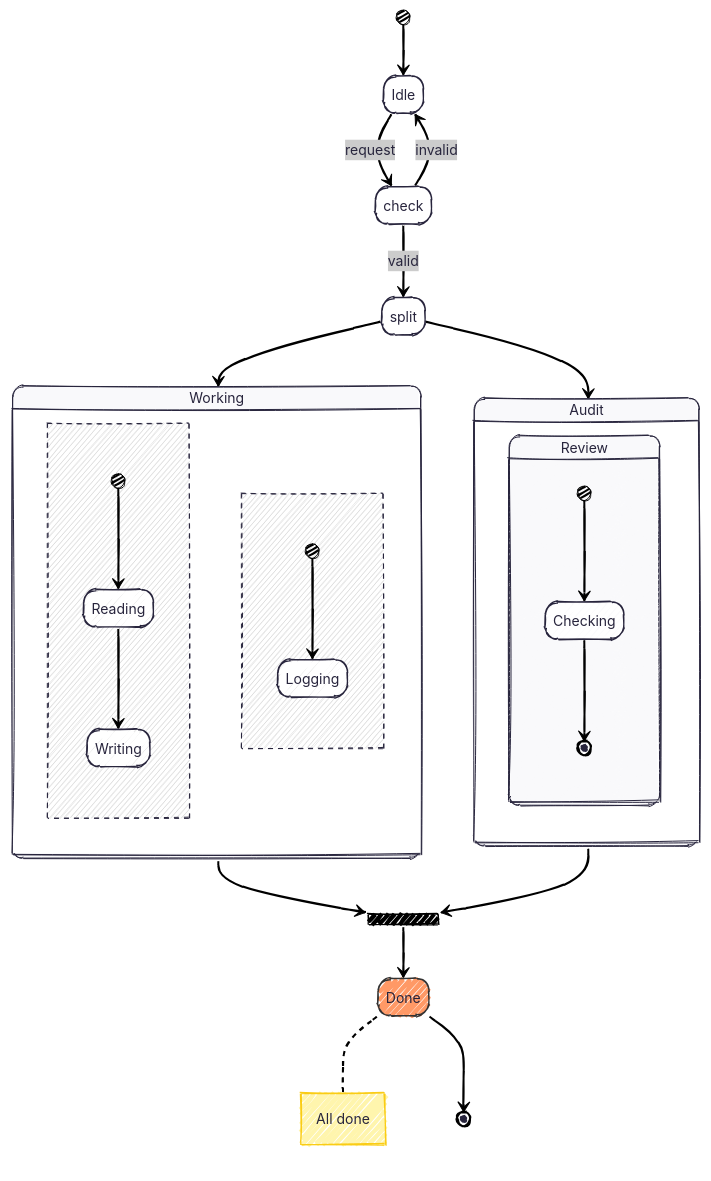
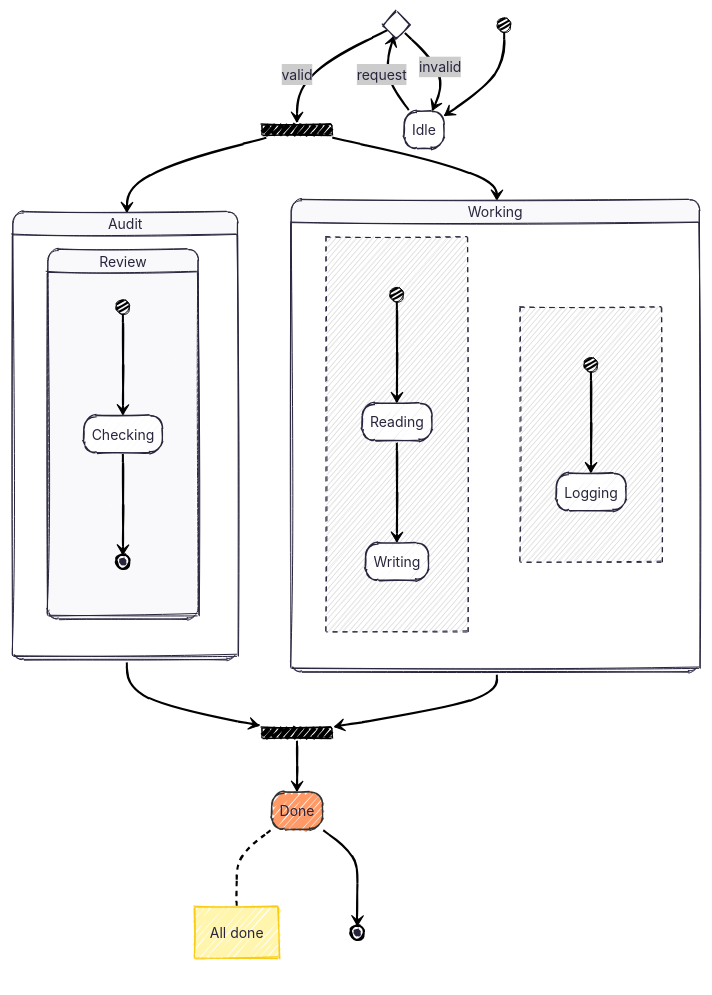
Before and after one commit to mermaid-js/mermaid-v13: the diagram in e2e/diagrams/state-diagram-v2/baseline/handdrawn/redux.mmd, drawn with Mermaid. The commit also changed other lines of this file and 3 other files, not shown here.

Commit message:
test(state): hand-drawn baselines declare choice, fork and join before use, so they draw as marks (#343)

```diff
--- a/e2e/diagrams/state-diagram-v2/baseline/handdrawn/redux.mmd
+++ b/e2e/diagrams/state-diagram-v2/baseline/handdrawn/redux.mmd
@@ -1,35 +1,35 @@
 ---
 config:
   theme: redux
   look: handDrawn
 description: one representative state diagram, hand-drawn in the redux theme (D307)
 ---
 stateDiagram-v2
+  state check <<choice>>
+  state split <<fork>>
+  state merge <<join>>
   [*] --> Idle
   Idle --> check : request
-  state check <<choice>>
   check --> split : valid
   check --> Idle : invalid
-  state split <<fork>>
   split --> Working
   split --> Audit
   state Working {
     [*] --> Reading
     Reading --> Writing
     --
     [*] --> Logging
   }
   state Audit {
     state Review {
       [*] --> Checking
       Checking --> [*]
     }
   }
-  state merge <<join>>
   Working --> merge
   Audit --> merge
   merge --> Done
   note right of Done : All done
   classDef hot fill:#f96,stroke:#333
   class Done hot
   Done --> [*]
```
